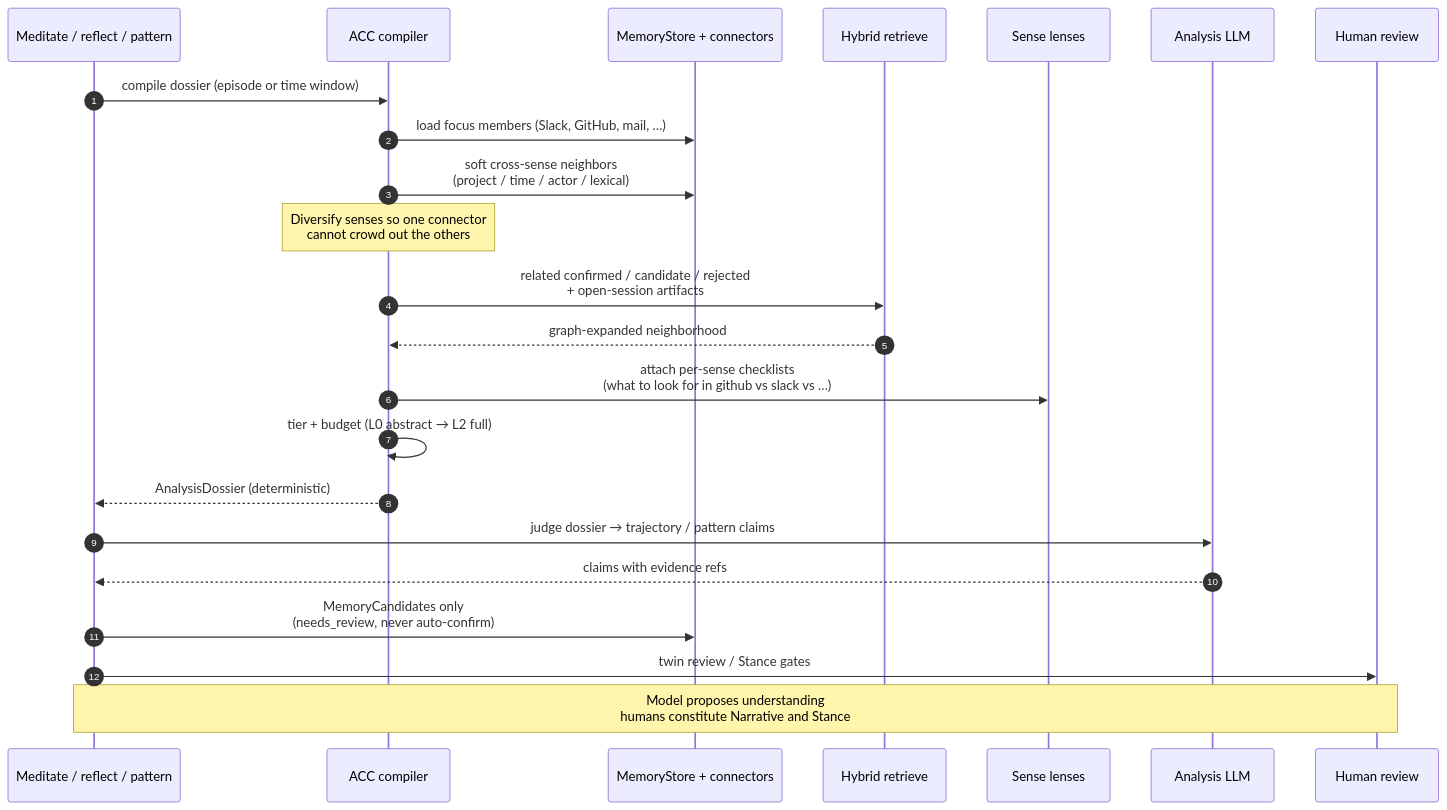
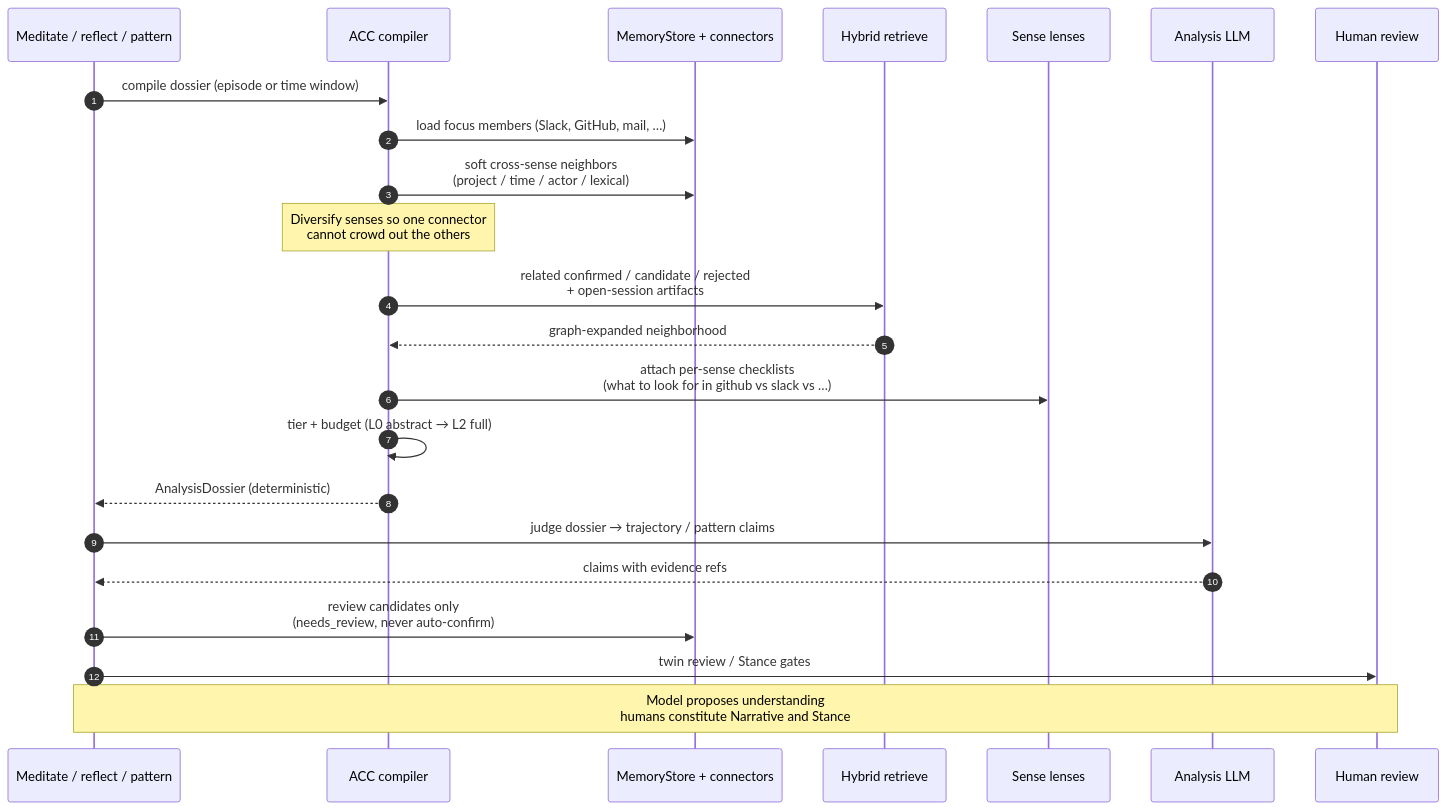
The fourth of 4 diagrams in docs/ARCHITECTURE.md (caribeedu/twin), drawn with Mermaid before and after one commit. The commit also changed other lines of this file and 31 other files, not shown here.

````diff
--- a/docs/ARCHITECTURE.md
+++ b/docs/ARCHITECTURE.md
@@ -306,26 +306,26 @@
 ```mermaid
 sequenceDiagram
     autonumber
     participant Orch as Meditate / reflect / pattern
     participant ACC as ACC compiler
     participant Store as MemoryStore + connectors
     participant Retr as Hybrid retrieve
     participant Lens as Sense lenses
     participant LLM as Analysis LLM
     participant Review as Human review
 
     Orch->>ACC: compile dossier (episode or time window)
     ACC->>Store: load focus members (Slack, GitHub, mail, …)
     ACC->>Store: soft cross-sense neighbors<br/>(project / time / actor / lexical)
     Note over ACC: Diversify senses so one connector<br/>cannot crowd out the others
     ACC->>Retr: related confirmed / candidate / rejected<br/>+ open-session artifacts
     Retr-->>ACC: graph-expanded neighborhood
     ACC->>Lens: attach per-sense checklists<br/>(what to look for in github vs slack vs …)
     ACC->>ACC: tier + budget (L0 abstract → L2 full)
     ACC-->>Orch: AnalysisDossier (deterministic)
     Orch->>LLM: judge dossier → trajectory / pattern claims
     LLM-->>Orch: claims with evidence refs
-    Orch->>Store: MemoryCandidates only<br/>(needs_review, never auto-confirm)
+    Orch->>Store: review candidates only<br/>(needs_review, never auto-confirm)
     Orch->>Review: twin review / Stance gates
     Note over Orch,Review: Model proposes understanding<br/>humans constitute Narrative and Stance
 ```
````
